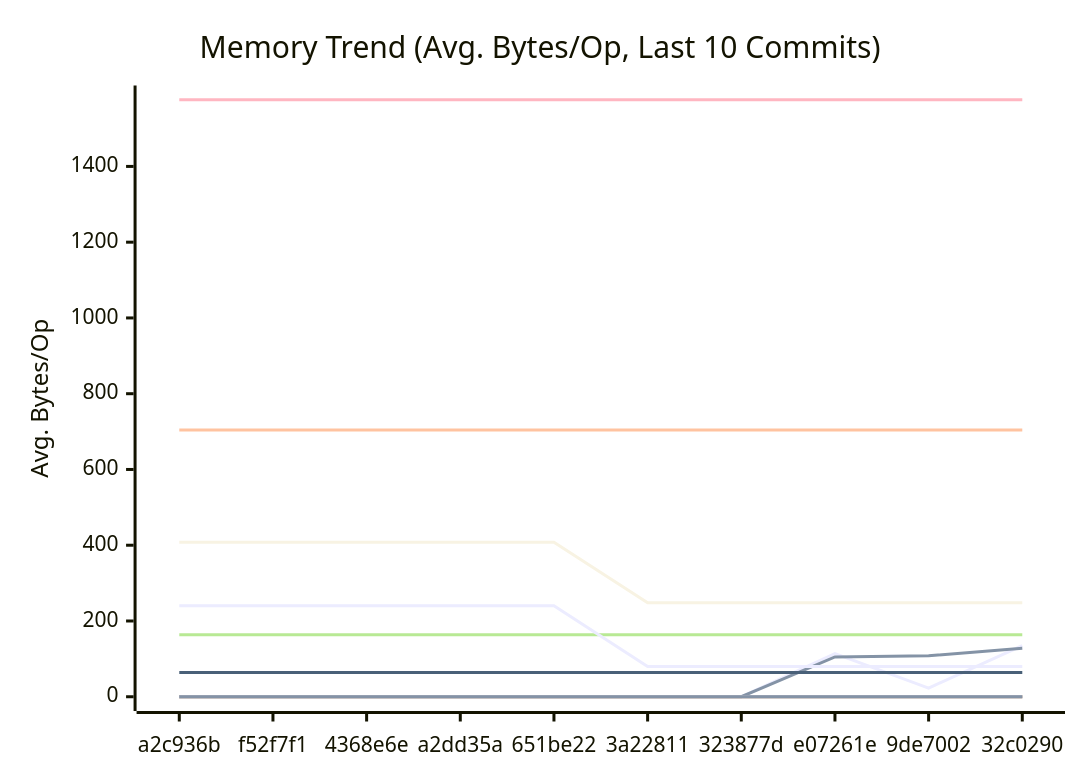
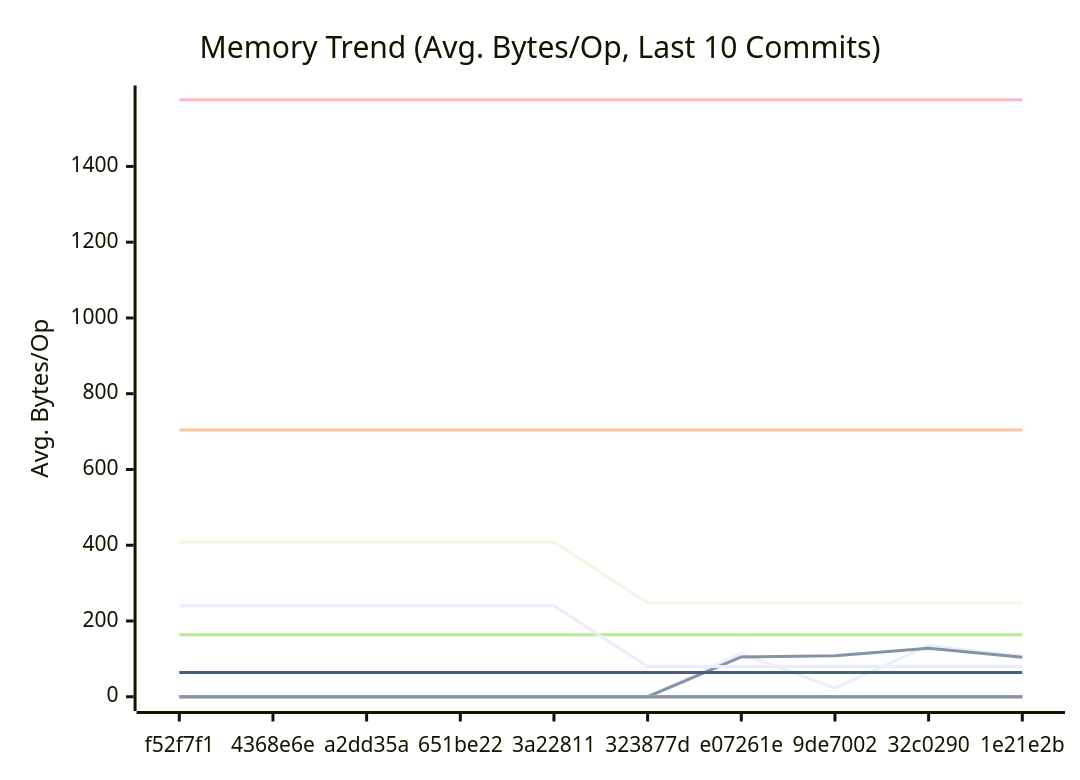
One commit to alsotoes/momo changed the second of 3 diagrams in docs/PERFORMANCE.md. Above: the diagram before and after it, drawn with Mermaid. The commit also changed other lines of this file and 11 other files, not shown here.

````diff
--- a/docs/PERFORMANCE.md
+++ b/docs/PERFORMANCE.md
@@ -171,20 +171,20 @@
 ```mermaid
 xychart-beta
     title "Memory Trend (Avg. Bytes/Op, Last 10 Commits)"
     x-axis "Commit"
     y-axis "Avg. Bytes/Op"
-    x-axis [a2c936b,f52f7f1,4368e6e,a2dd35a,651be22,3a22811,323877d,e07261e,9de7002,32c0290]
-    line "AWSChunkedReaderSigned" [0,0,0,0,0,0,0,114,23,135]
-    line "AWSChunkedReaderUnsigned" [0,0,0,0,0,0,0,105,108,128]
+    x-axis [f52f7f1,4368e6e,a2dd35a,651be22,3a22811,323877d,e07261e,9de7002,32c0290,1e21e2b]
+    line "AWSChunkedReaderSigned" [0,0,0,0,0,0,114,23,135,107]
+    line "AWSChunkedReaderUnsigned" [0,0,0,0,0,0,105,108,128,104]
     line "CheckMetricsAndSwap" [0,0,0,0,0,0,0,0,0,0]
     line "CrushOptimized" [0,0,0,0,0,0,0,0,0,0]
     line "CrushOriginal" [164,164,164,164,164,164,164,164,164,164]
     line "IndexDirectTracking" [0,0,0,0,0,0,0,0,0,0]
     line "IndexSearch" [0,0,0,0,0,0,0,0,0,0]
     line "LoadGlobalConfig" [1576,1576,1576,1576,1576,1576,1576,1576,1576,1576]
     line "PadString" [64,64,64,64,64,64,64,64,64,64]
     line "ParseReplicationOrder_NoPrealloc" [408,408,408,408,408,248,248,248,248,248]
     line "ParseReplicationOrder_Prealloc" [240,240,240,240,240,80,80,80,80,80]
     line "SanitizeLog/Safe" [0,0,0,0,0,0,0,0,0,0]
     line "SanitizeLog/Unsafe" [704,704,704,704,704,704,704,704,704,704]
 ```
````
